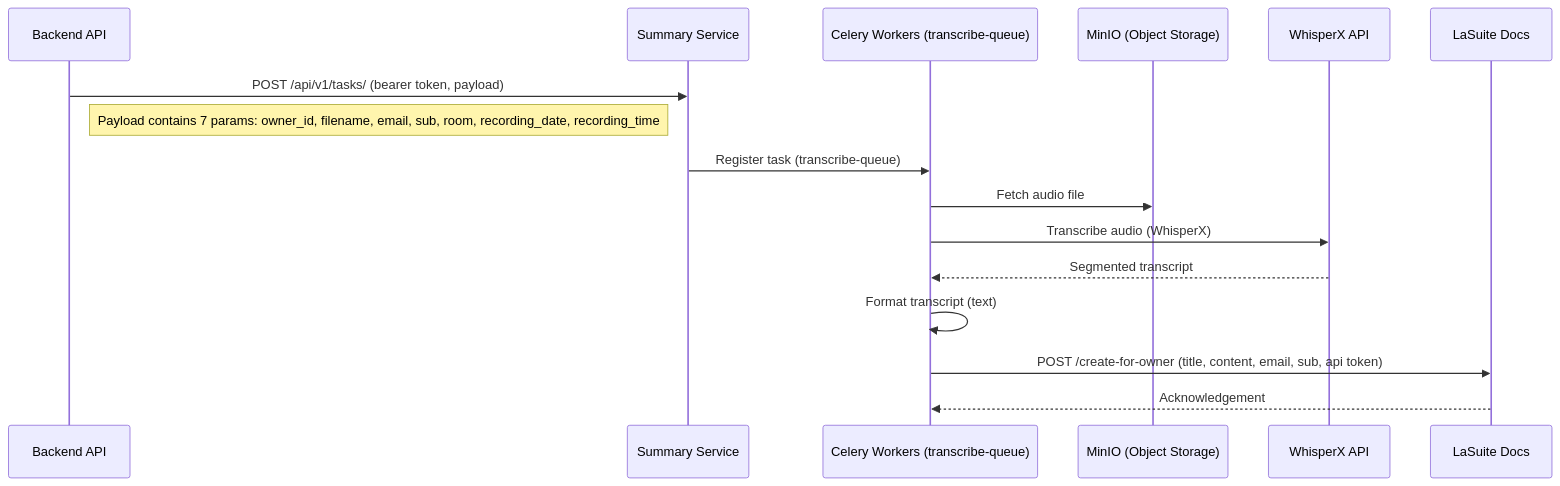
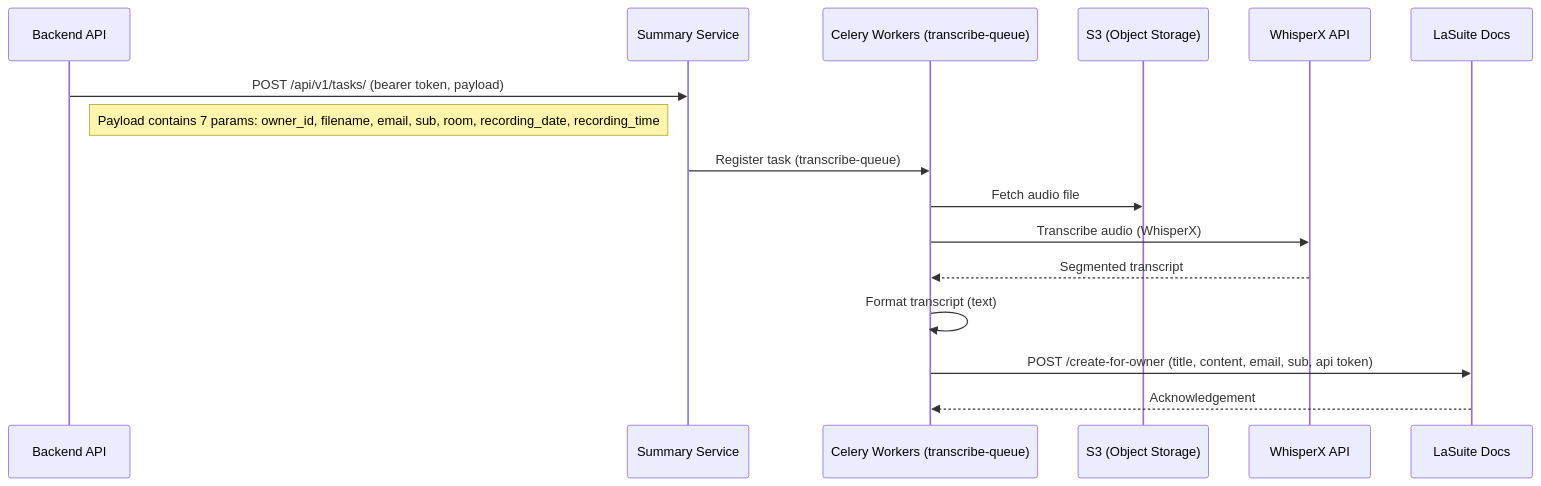
Before and after one commit to suitenumerique/meet: the diagram in docs/features/transcription.md, drawn with Mermaid. The commit also changed other lines of this file and 8 other files, not shown here.

````diff
--- a/docs/features/transcription.md
+++ b/docs/features/transcription.md
@@ -40,22 +40,22 @@
 ```mermaid
 sequenceDiagram
   participant Backend as Backend API
   participant Summary as Summary Service
   participant Celery as Celery Workers (transcribe-queue)
-  participant MinIO as MinIO (Object Storage)
+  participant S3 as S3 (Object Storage)
   participant STT as WhisperX API
   participant Docs as LaSuite Docs
 
   Backend->>Summary: POST /api/v1/tasks/ (bearer token, payload)
   Note right of Backend: Payload contains 7 params: owner_id, filename, email, sub, room, recording_date, recording_time
 
   Summary->>Celery: Register task (transcribe-queue)
-  Celery->>MinIO: Fetch audio file
+  Celery->>S3: Fetch audio file
   Celery->>STT: Transcribe audio (WhisperX)
   STT-->>Celery: Segmented transcript
 
   Celery->>Celery: Format transcript (text)
 
   Celery->>Docs: POST /create-for-owner (title, content, email, sub, api token)
   Docs-->>Celery: Acknowledgement
 ```
````
